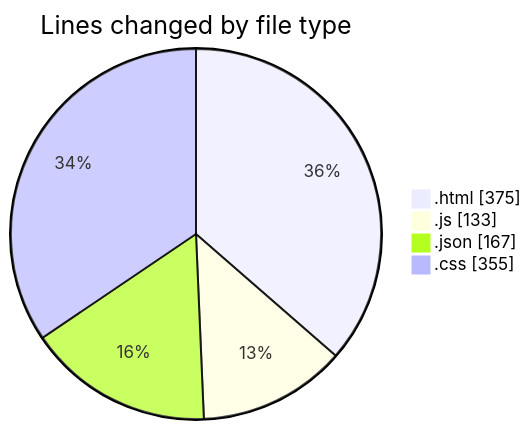
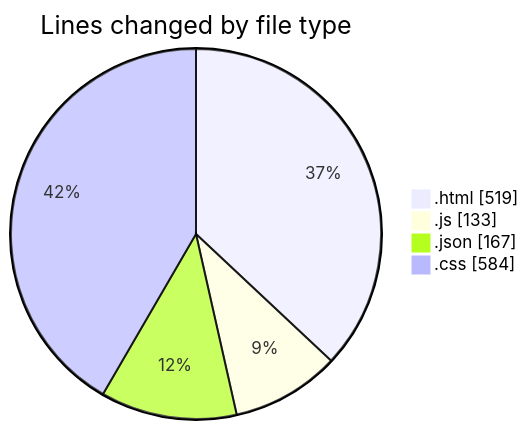
Before and after one commit to Ritupan-Deka/code-tracking: the first of 2 diagrams in 2025-01-28/projects/README.md, drawn with Mermaid. The commit also changed other lines of this file and 1 other file, not shown here.

````diff
--- a/2025-01-28/projects/README.md
+++ b/2025-01-28/projects/README.md
@@ -24,8 +24,8 @@
 ```mermaid
 pie showData
 title Lines changed by file type
-".html" : 375
+".html" : 519
 ".js" : 133
 ".json" : 167
-".css" : 355
+".css" : 584
 ```
````
